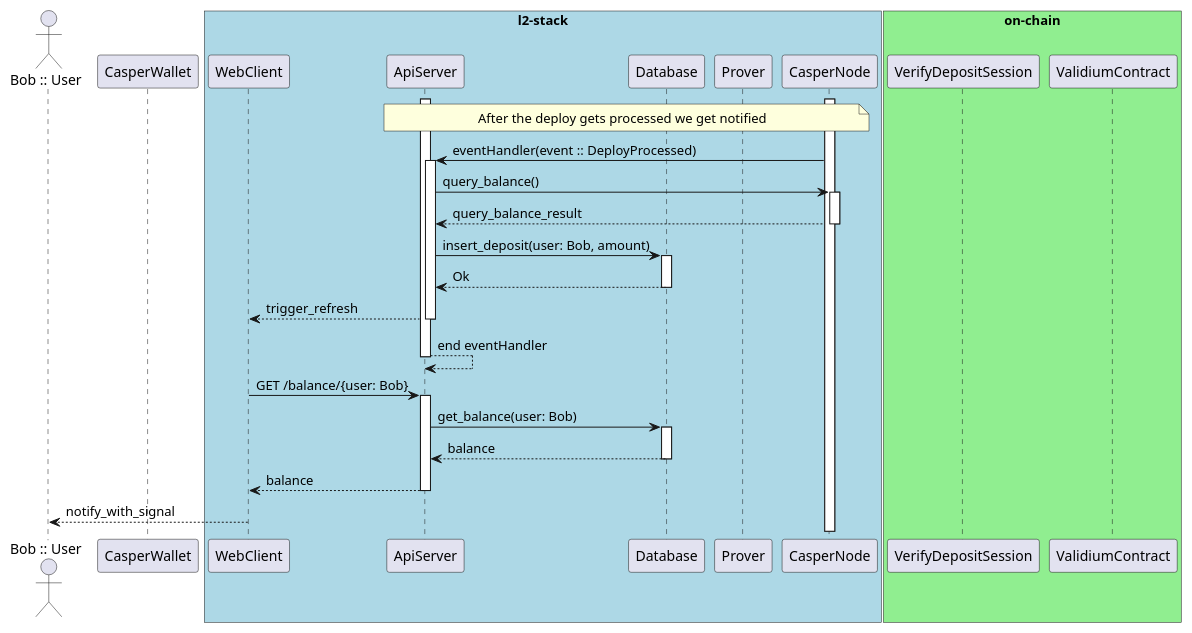
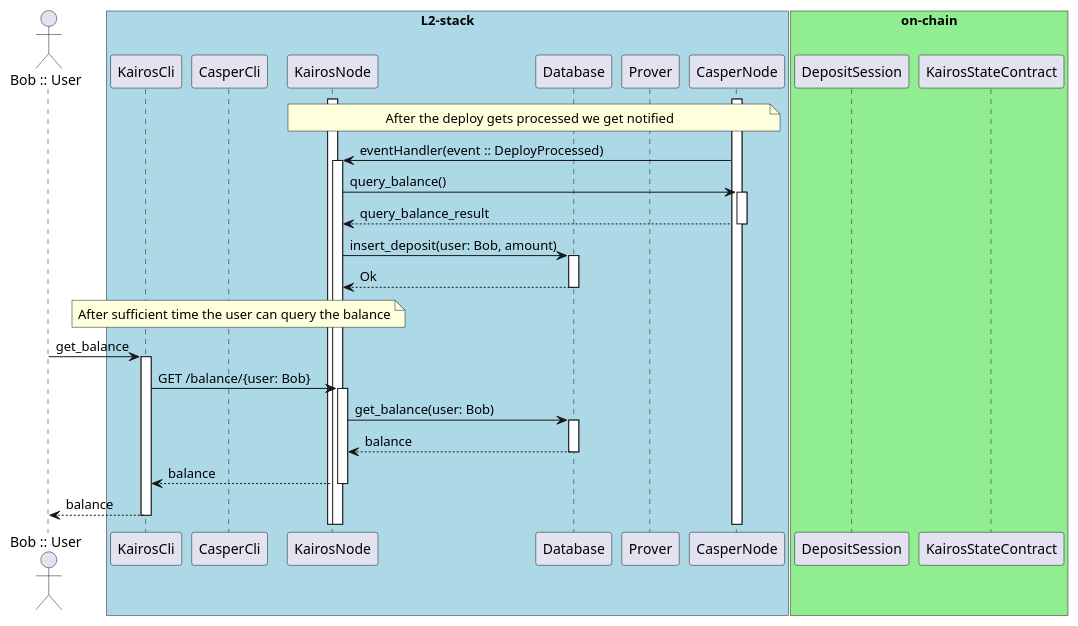
The diagram in diagrams/deposit_sequence_diagram_notify_l2.puml (cspr-rad/kairos-spec), drawn with PlantUML before and after one commit. The commit also changed 3 other files, not shown here.

Commit message:
diagrams: update deposit diagrams + explanation

```diff
--- a/diagrams/deposit_sequence_diagram_notify_l2.puml
+++ b/diagrams/deposit_sequence_diagram_notify_l2.puml
@@ -1,40 +1,41 @@
 @startuml
 autoactivate on
 actor "Bob :: User" as Bob
-participant CasperWallet
-box "l2-stack" #LightBlue
-participant WebClient
-participant ApiServer
+box "L2-stack" #LightBlue
+participant KairosCli
+participant CasperCli
+participant KairosNode
 participant Database
 participant Prover
 participant CasperNode
 end box
 box "on-chain" #LightGreen
-participant VerifyDepositSession
-participant ValidiumContract
+participant DepositSession
+participant KairosStateContract
 end box
 
 activate CasperNode
-activate ApiServer
+activate KairosNode
 
-note over CasperNode, ApiServer
+note over CasperNode, KairosNode
 After the deploy gets processed we get notified
 end note
 
-CasperNode -> ApiServer: eventHandler(event :: DeployProcessed)
-ApiServer -> CasperNode: query_balance()
-CasperNode --> ApiServer: query_balance_result
+CasperNode -> KairosNode: eventHandler(event :: DeployProcessed)
+KairosNode -> CasperNode: query_balance()
+CasperNode --> KairosNode: query_balance_result
 
-ApiServer -> Database: insert_deposit(user: Bob, amount)
-Database --> ApiServer: Ok
+KairosNode -> Database: insert_deposit(user: Bob, amount)
+Database --> KairosNode: Ok
 
-ApiServer --> WebClient: trigger_refresh
-ApiServer --> ApiServer: end eventHandler
-
-WebClient -> ApiServer: GET /balance/{user: Bob}
-ApiServer -> Database: get_balance(user: Bob)
-Database --> ApiServer: balance
-ApiServer --> WebClient: balance
-WebClient --> Bob: notify_with_signal
+note over KairosCli, KairosNode
+After sufficient time the user can query the balance
+end note
+Bob -> KairosCli: get_balance
+KairosCli -> KairosNode: GET /balance/{user: Bob}
+KairosNode -> Database: get_balance(user: Bob)
+Database --> KairosNode: balance
+KairosNode --> KairosCli: balance
+KairosCli --> Bob: balance
 
 @enduml
```
